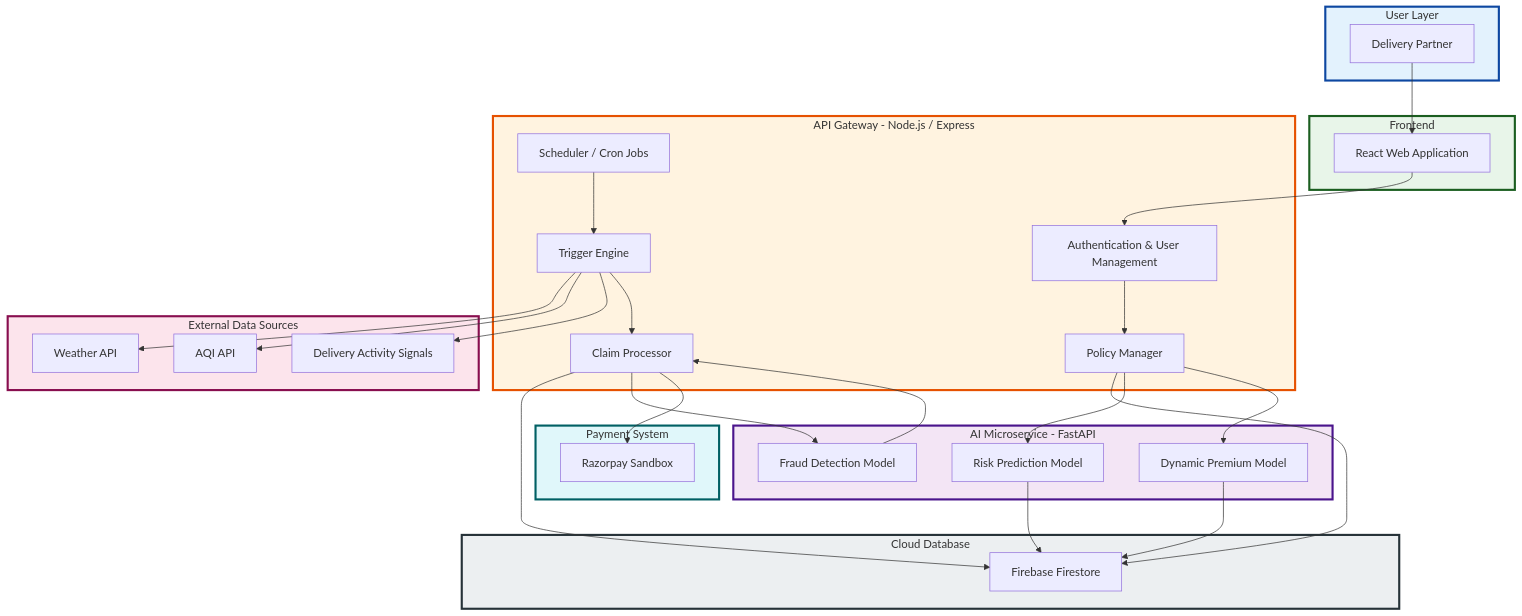
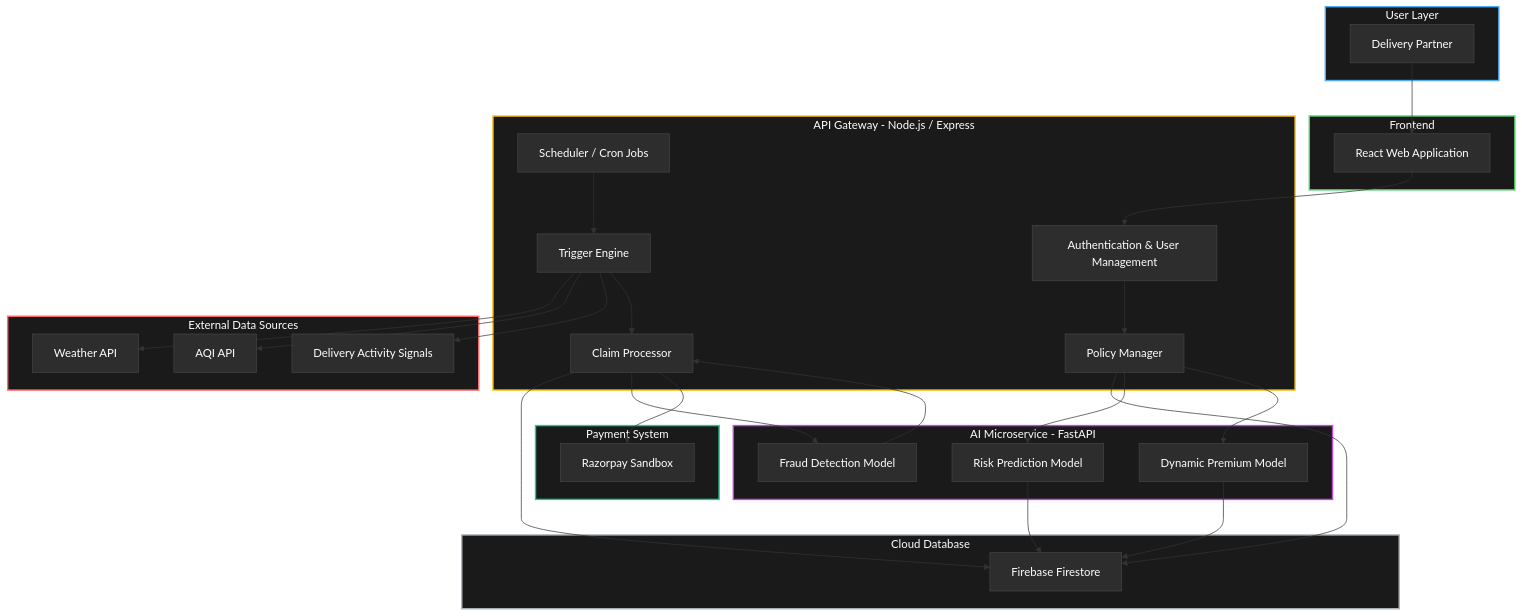
Before and after one commit to hariii15/dev-trial: the second of 3 diagrams in README.md, drawn with Mermaid. The commit also changed other lines of this file, not shown here.

First line of the commit message:
Refactor README for dark theme styling and layer colors

````diff
--- a/README.md
+++ b/README.md
@@ -437,12 +442,16 @@
 
 C4 --> G
 
-%% STYLE COLORS WITH HIGH CONTRAST
-style USER_LAYER fill:#E3F2FD,stroke:#0D47A1,stroke-width:3px
-style FRONTEND_LAYER fill:#E8F5E9,stroke:#1B5E20,stroke-width:3px
-style BACKEND_LAYER fill:#FFF3E0,stroke:#E65100,stroke-width:3px
-style AI_LAYER fill:#F3E5F5,stroke:#4A148C,stroke-width:3px
-style DATA_LAYER fill:#ECEFF1,stroke:#263238,stroke-width:3px
-style EXTERNAL_LAYER fill:#FCE4EC,stroke:#880E4F,stroke-width:3px
-style PAYMENT_LAYER fill:#E0F7FA,stroke:#006064,stroke-width:3px
+%% DARK THEME STYLING
+%% Using #1a1a1a for containers and #2d2d2d for nodes
+style USER_LAYER fill:#1a1a1a,stroke:#4dabf7,stroke-width:2px,color:#fff
+style FRONTEND_LAYER fill:#1a1a1a,stroke:#51cf66,stroke-width:2px,color:#fff
+style BACKEND_LAYER fill:#1a1a1a,stroke:#fcc419,stroke-width:2px,color:#fff
+style AI_LAYER fill:#1a1a1a,stroke:#be4bdb,stroke-width:2px,color:#fff
+style DATA_LAYER fill:#1a1a1a,stroke:#adb5bd,stroke-width:2px,color:#fff
+style EXTERNAL_LAYER fill:#1a1a1a,stroke:#ff6b6b,stroke-width:2px,color:#fff
+style PAYMENT_LAYER fill:#1a1a1a,stroke:#20c997,stroke-width:2px,color:#fff
+
+%% Node specific styling
+classDef default fill:#2d2d2d,stroke:#444,color:#fff;
 ```
````
